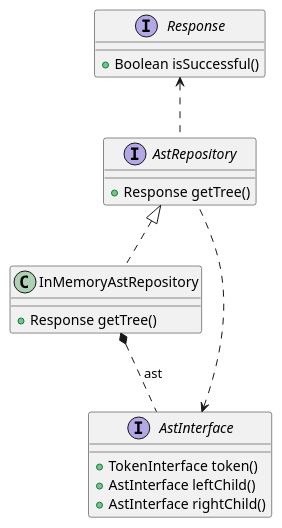
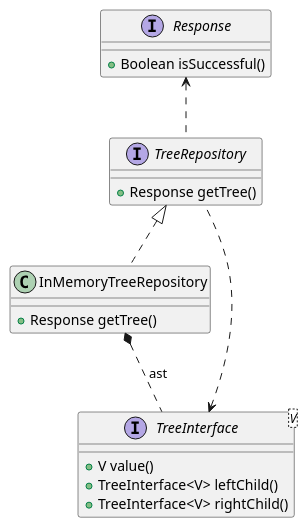
The diagram in src/main/java/analyzers/semantic/repositories/tree/TreeRepositoryDiagram.puml (IngsisPrintScript/PrintScript), drawn with PlantUML before and after one commit.

Commit message:
ast->tree<V>

```diff
--- a/src/main/java/analyzers/semantic/repositories/tree/TreeRepositoryDiagram.puml
+++ b/src/main/java/analyzers/semantic/repositories/tree/TreeRepositoryDiagram.puml
@@ -1,28 +1,28 @@
 @startuml
 'https://plantuml.com/class-diagram
 
-interface AstRepository{
+interface TreeRepository{
     + Response getTree()
 }
 
 interface Response{
     + Boolean isSuccessful()
 }
 
-interface AstInterface{
-    + TokenInterface token()
-    + AstInterface leftChild()
-    + AstInterface rightChild()
+interface TreeInterface<V>{
+    + V value()
+    + TreeInterface<V> leftChild()
+    + TreeInterface<V> rightChild()
 }
-class InMemoryAstRepository{
+class InMemoryTreeRepository{
     + Response getTree()
 }
 
-AstRepository <|.. InMemoryAstRepository
+TreeRepository <|.. InMemoryTreeRepository
 
-InMemoryAstRepository *.. AstInterface: ast
+InMemoryTreeRepository *.. TreeInterface: ast
 
-Response <.. AstRepository
-AstInterface <.. AstRepository
+Response <.. TreeRepository
+TreeInterface <.. TreeRepository
 
 @enduml
```
